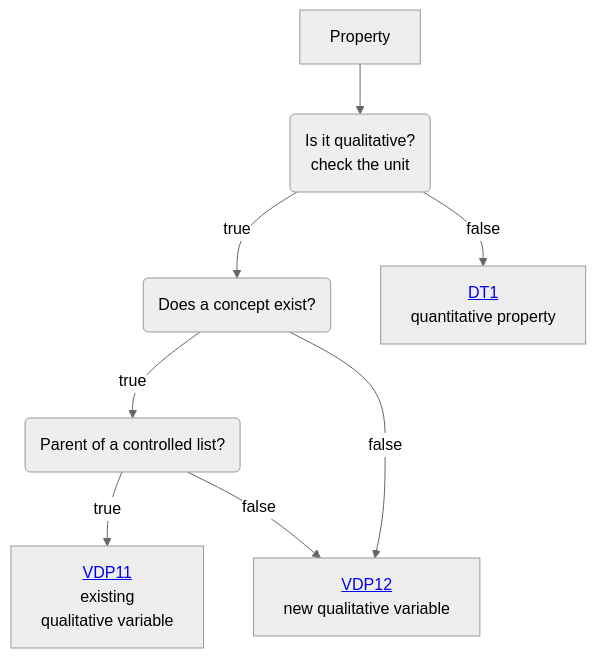
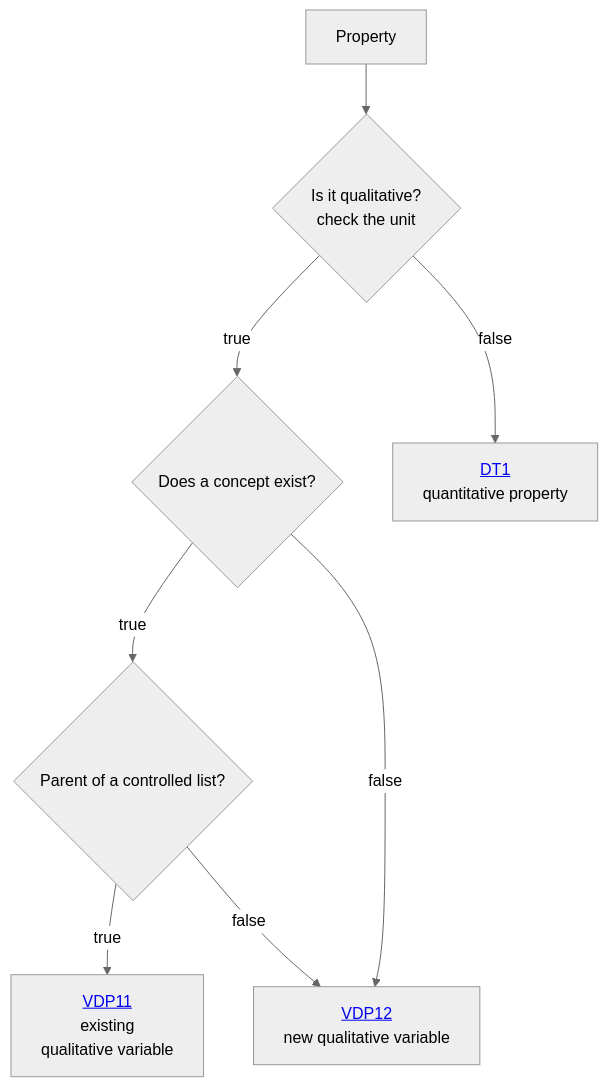
Before and after one commit to mabablue/I-ADOPT-patterns-playground: the diagram in Decisition_trees/DT0.mmd, drawn with Mermaid (neutral theme).

```diff
--- a/Decisition_trees/DT0.mmd
+++ b/Decisition_trees/DT0.mmd
@@ -1,8 +1,8 @@
 flowchart TD
-    A[Property] --> B(Is it qualitative? <br> check the unit)
-    B --> |true|C(Does a concept exist?) 
+    A[Property] --> B{Is it qualitative? <br> check the unit}
+    B --> |true|C{Does a concept exist?}
     B --> |false|D[<a href='https://github.com/mabablue/I-ADOPT-patterns-playground/blob/main/Decisition_trees/DT1.mmd'>DT1</a><br> quantitative property] 
-    C --> |true|E(Parent of a controlled list?)
+    C --> |true|E{Parent of a controlled list?}
     C --> |false|H[<a href='https://github.com/mabablue/I-ADOPT-patterns-playground/blob/main/pattern/VDP12.yaml'>VDP12</a><br> new qualitative variable] 
     E --> |true|F[<a href='https://github.com/mabablue/I-ADOPT-patterns-playground/blob/main/pattern/VDP11.yaml'>VDP11</a><br> existing <br> qualitative variable] 
     E --> |false|H
```
